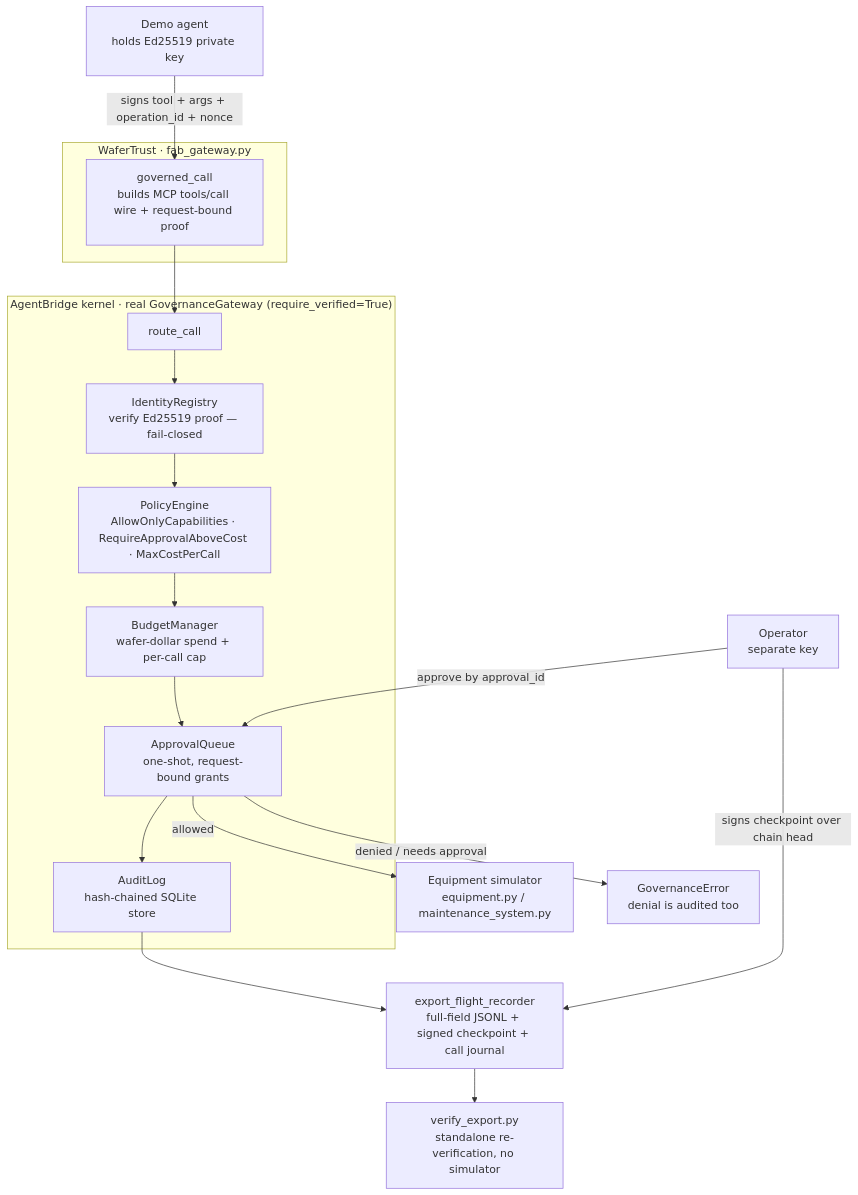
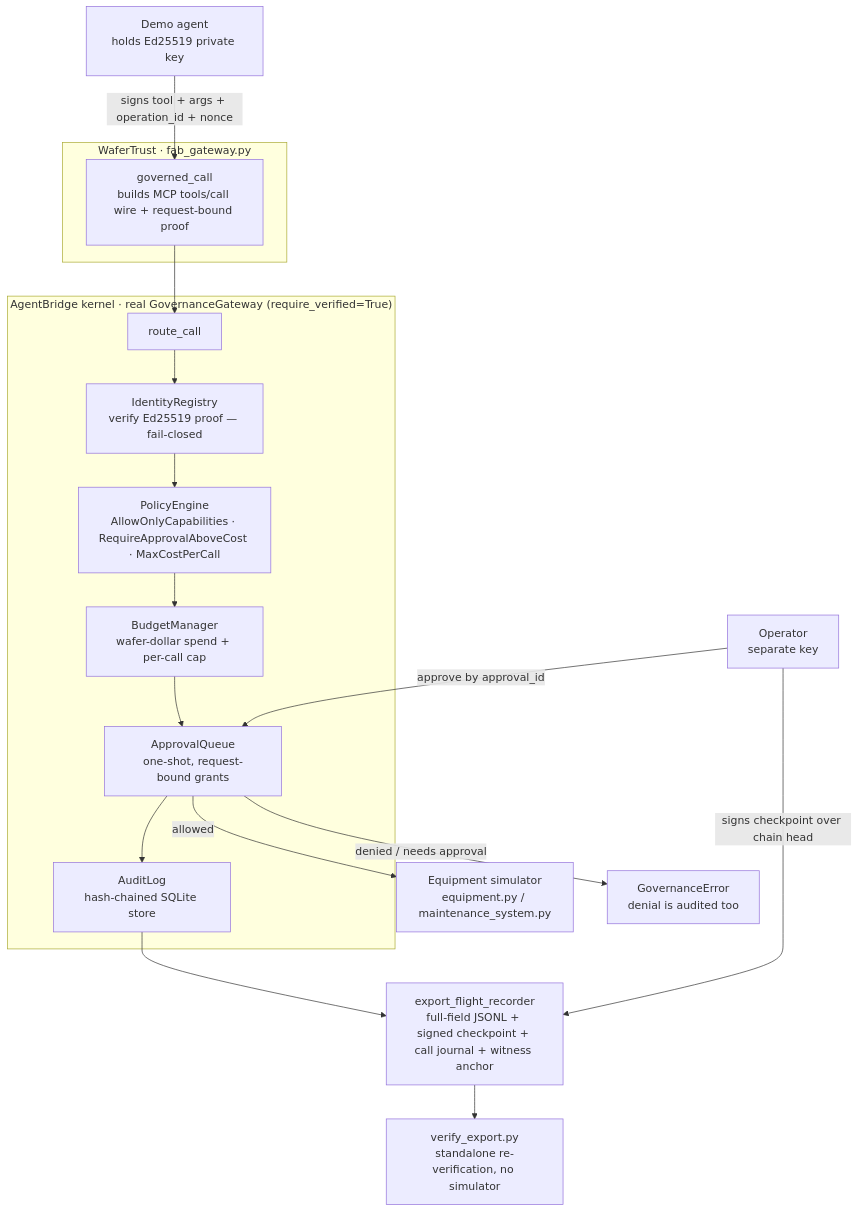
The diagram in README.md (shadowhunter-92/wafertrust), drawn with Mermaid before and after one commit. The commit also changed other lines of this file and 5 other files, not shown here.

````diff
--- a/README.md
+++ b/README.md
@@ -70,26 +76,26 @@
 ```mermaid
 flowchart TD
     A["Demo agent<br/>holds Ed25519 private key"] -->|"signs tool + args + operation_id + nonce"| G
 
     subgraph WT["WaferTrust · fab_gateway.py"]
         G["governed_call<br/>builds MCP tools/call wire + request-bound proof"]
     end
 
     G --> K
 
     subgraph AB["AgentBridge kernel · real GovernanceGateway (require_verified=True)"]
         K["route_call"] --> ID["IdentityRegistry<br/>verify Ed25519 proof — fail-closed"]
         ID --> POL["PolicyEngine<br/>AllowOnlyCapabilities · RequireApprovalAboveCost · MaxCostPerCall"]
         POL --> BUD["BudgetManager<br/>wafer-dollar spend + per-call cap"]
         BUD --> APP["ApprovalQueue<br/>one-shot, request-bound grants"]
         APP --> AUD["AuditLog<br/>hash-chained SQLite store"]
     end
 
     APP -->|"allowed"| EQ["Equipment simulator<br/>equipment.py / maintenance_system.py"]
     APP -->|"denied / needs approval"| DENY["GovernanceError<br/>denial is audited too"]
 
     OP["Operator<br/>separate key"] -->|"approve by approval_id"| APP
-    AUD --> EXP["export_flight_recorder<br/>full-field JSONL + signed checkpoint + call journal"]
+    AUD --> EXP["export_flight_recorder<br/>full-field JSONL + signed checkpoint + call journal + witness anchor"]
     OP -->|"signs checkpoint over chain head"| EXP
     EXP --> VER["verify_export.py<br/>standalone re-verification, no simulator"]
 ```
````
